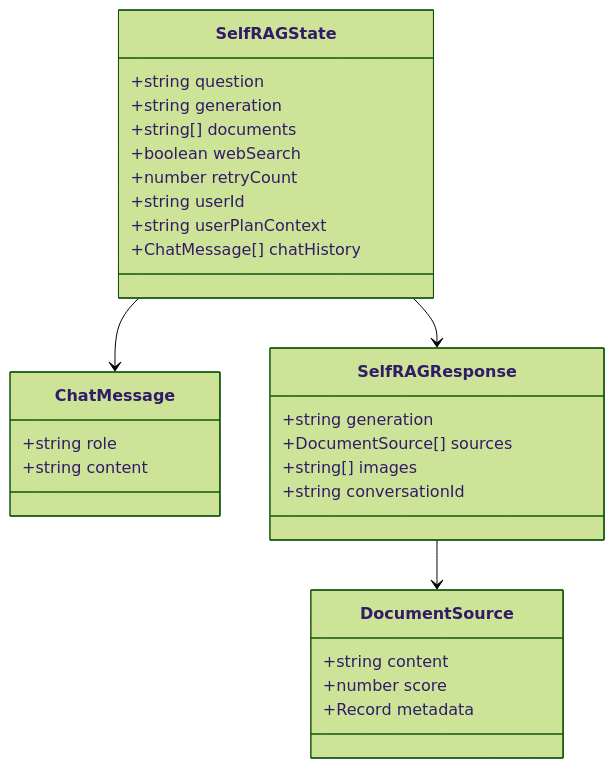
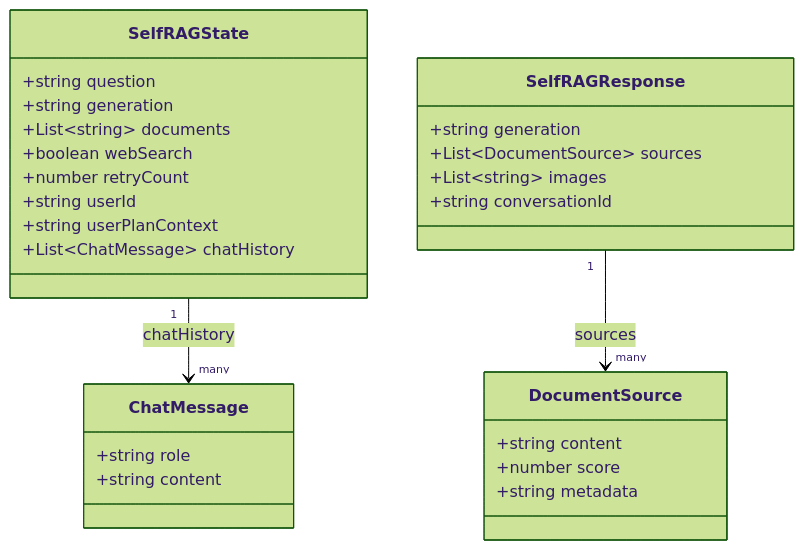
Before and after one commit to NEhIL06/zenfit: the third of 14 diagrams in README.md, drawn with Mermaid (forest theme). The commit also changed other lines of this file, not shown here.

Commit message:
docs: update README.md architecture and schema diagrams

````diff
--- a/README.md
+++ b/README.md
@@ -136,35 +132,34 @@
 ```mermaid
 classDiagram
     class SelfRAGState {
         +string question
         +string generation
-        +string[] documents
+        +List~string~ documents
         +boolean webSearch
         +number retryCount
         +string userId
         +string userPlanContext
-        +ChatMessage[] chatHistory
+        +List~ChatMessage~ chatHistory
     }
 
     class ChatMessage {
         +string role
         +string content
     }
 
     class SelfRAGResponse {
         +string generation
-        +DocumentSource[] sources
-        +string[] images
+        +List~DocumentSource~ sources
+        +List~string~ images
         +string conversationId
     }
 
     class DocumentSource {
         +string content
         +number score
-        +Record metadata
+        +string metadata
     }
 
-    SelfRAGState --> ChatMessage
-    SelfRAGState --> SelfRAGResponse
-    SelfRAGResponse --> DocumentSource
+    SelfRAGState "1" --> "many" ChatMessage : chatHistory
+    SelfRAGResponse "1" --> "many" DocumentSource : sources
 ```
````
